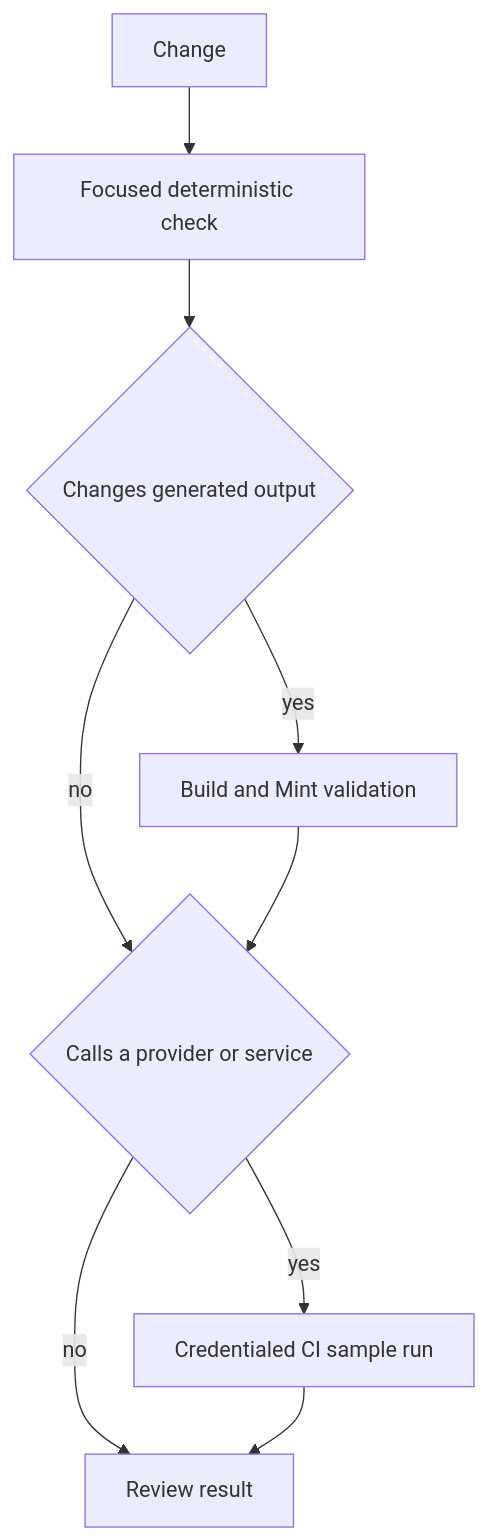
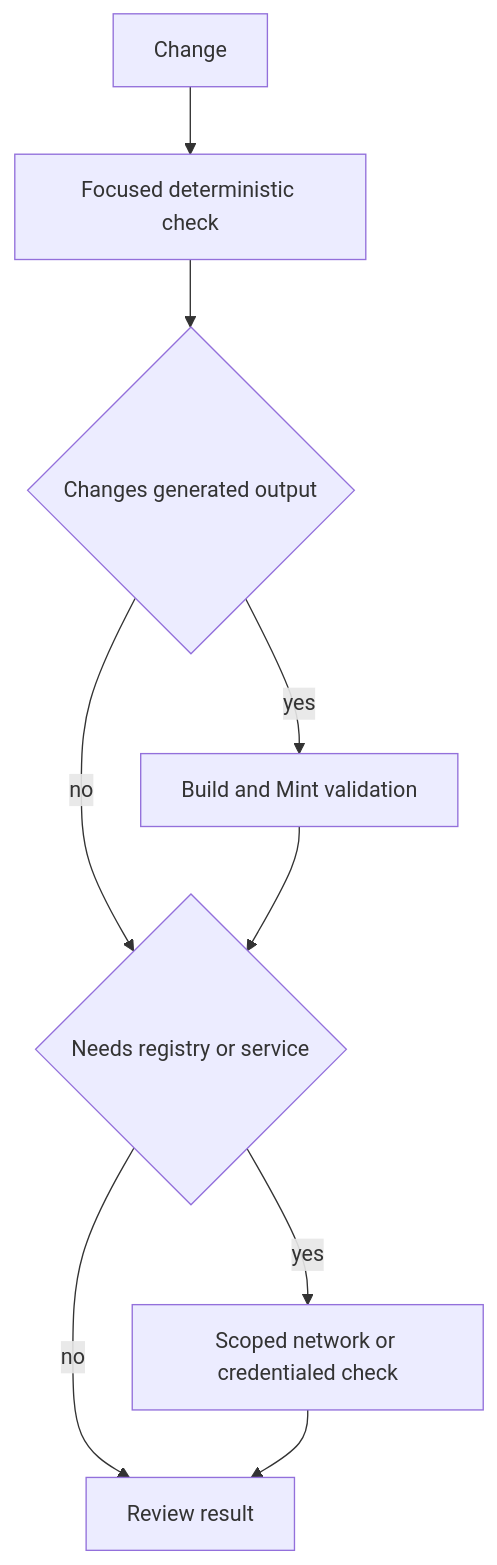
One commit to langchain-ai/docs changed the diagram in openwiki/testing/test-overview.md. Above: the diagram before and after it, drawn with Mermaid. The commit also changed other lines of this file and 29 other files, not shown here.

````diff
--- a/openwiki/testing/test-overview.md
+++ b/openwiki/testing/test-overview.md
@@ -75,11 +86,11 @@
 ```mermaid
 flowchart TD
   Change["Change"] --> Focused["Focused deterministic check"]
   Focused --> Generated{"Changes generated output"}
   Generated -->|"yes"| Mint["Build and Mint validation"]
-  Generated -->|"no"| Service{"Calls a provider or service"}
-  Mint --> Service
-  Service -->|"yes"| Credentialed["Credentialed CI sample run"]
-  Service -->|"no"| Review["Review result"]
-  Credentialed --> Review
+  Generated -->|"no"| Remote{"Needs registry or service"}
+  Mint --> Remote
+  Remote -->|"yes"| Boundary["Scoped network or credentialed check"]
+  Remote -->|"no"| Review["Review result"]
+  Boundary --> Review
 ```
````
